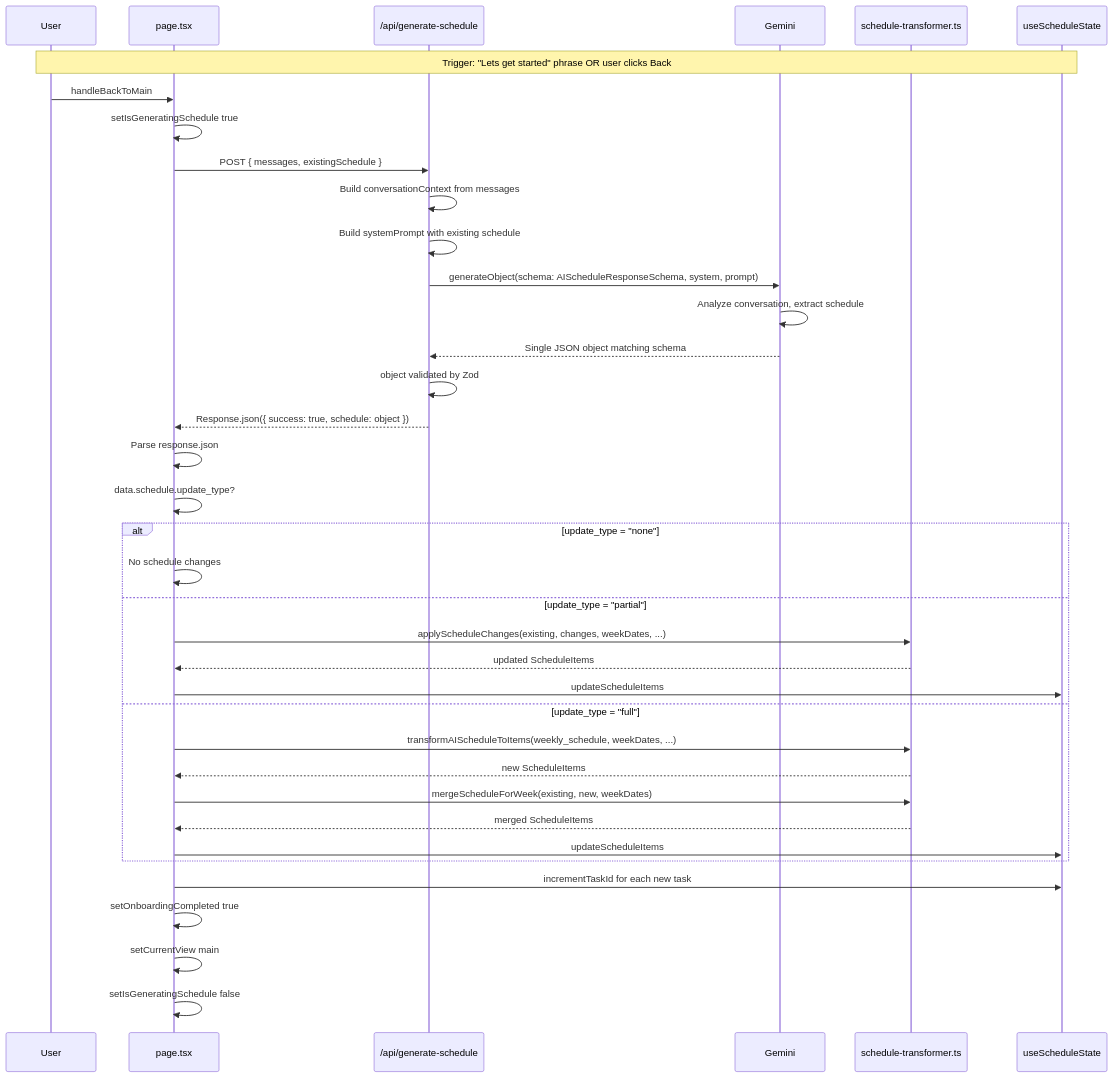
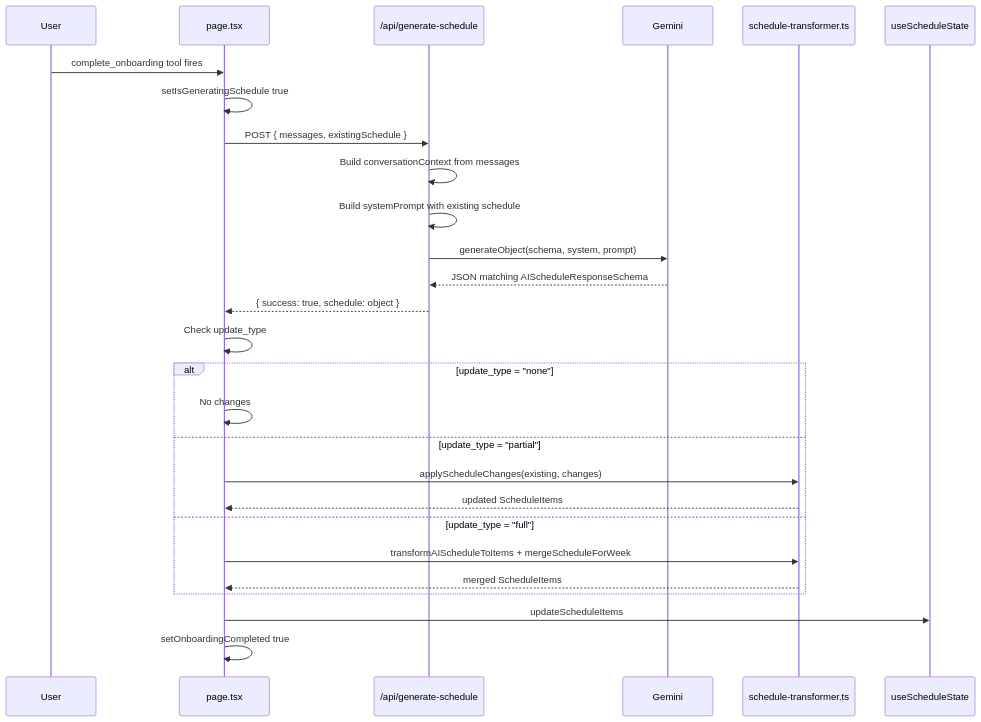
Before and after one commit to caikatz/v0-coug-scheduler: the third of 4 diagrams in docs/architecture.md, drawn with Mermaid. The commit also changed other lines of this file and 3 other files, not shown here.

````diff
--- a/docs/architecture.md
+++ b/docs/architecture.md
@@ -186,46 +229,35 @@
 ```mermaid
 sequenceDiagram
     participant User
     participant page as page.tsx
     participant API as /api/generate-schedule
     participant Gemini
     participant Transformer as schedule-transformer.ts
     participant State as useScheduleState
 
-    Note over User,State: Trigger: "Lets get started" phrase OR user clicks Back
-    User->>page: handleBackToMain
+    User->>page: complete_onboarding tool fires
     page->>page: setIsGeneratingSchedule true
     page->>API: POST { messages, existingSchedule }
 
     API->>API: Build conversationContext from messages
     API->>API: Build systemPrompt with existing schedule
-    API->>Gemini: generateObject(schema: AIScheduleResponseSchema, system, prompt)
+    API->>Gemini: generateObject(schema, system, prompt)
 
-    Gemini->>Gemini: Analyze conversation, extract schedule
-    Gemini-->>API: Single JSON object matching schema
+    Gemini-->>API: JSON matching AIScheduleResponseSchema
+    API-->>page: { success: true, schedule: object }
 
-    API->>API: object validated by Zod
-    API-->>page: Response.json({ success: true, schedule: object })
-
-    page->>page: Parse response.json
-    page->>page: data.schedule.update_type?
+    page->>page: Check update_type
 
     alt update_type = "none"
-        page->>page: No schedule changes
+        page->>page: No changes
     else update_type = "partial"
-        page->>Transformer: applyScheduleChanges(existing, changes, weekDates, ...)
+        page->>Transformer: applyScheduleChanges(existing, changes)
         Transformer-->>page: updated ScheduleItems
-        page->>State: updateScheduleItems
     else update_type = "full"
-        page->>Transformer: transformAIScheduleToItems(weekly_schedule, weekDates, ...)
-        Transformer-->>page: new ScheduleItems
-        page->>Transformer: mergeScheduleForWeek(existing, new, weekDates)
+        page->>Transformer: transformAIScheduleToItems + mergeScheduleForWeek
         Transformer-->>page: merged ScheduleItems
-        page->>State: updateScheduleItems
     end
 
-    page->>State: incrementTaskId for each new task
+    page->>State: updateScheduleItems
     page->>page: setOnboardingCompleted true
-    page->>page: setCurrentView main
-    page->>page: setIsGeneratingSchedule false
 ```
````
